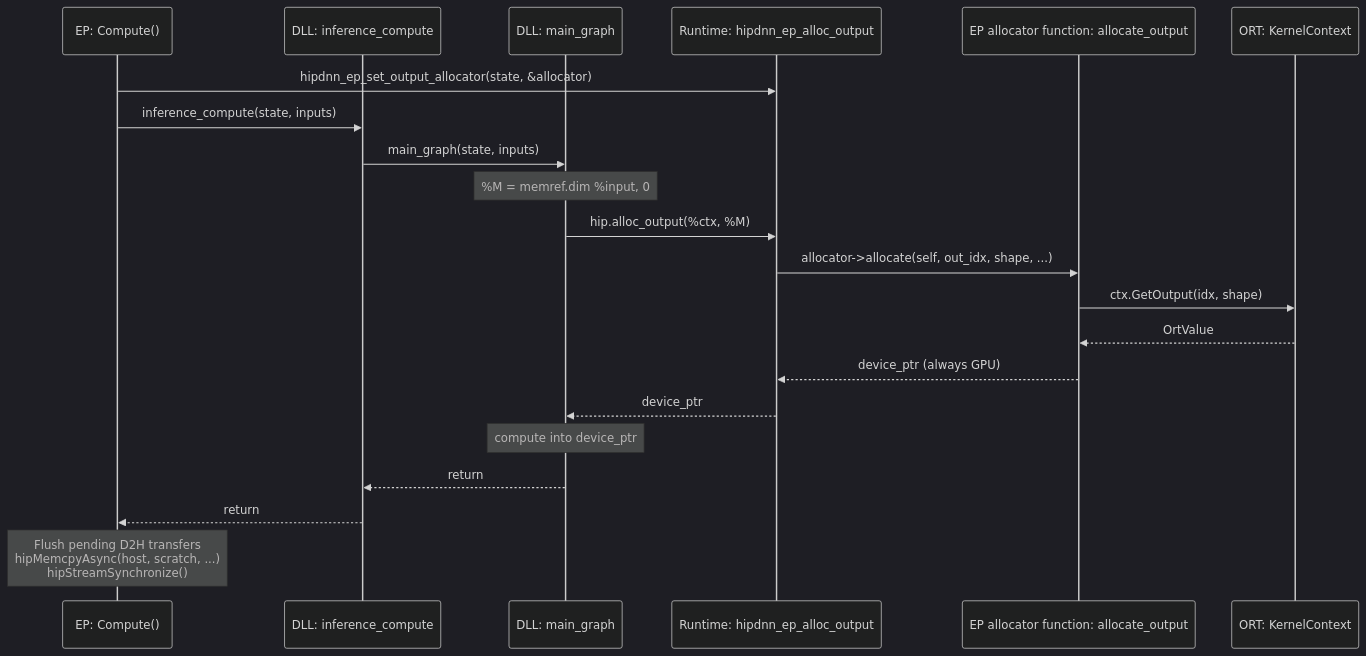
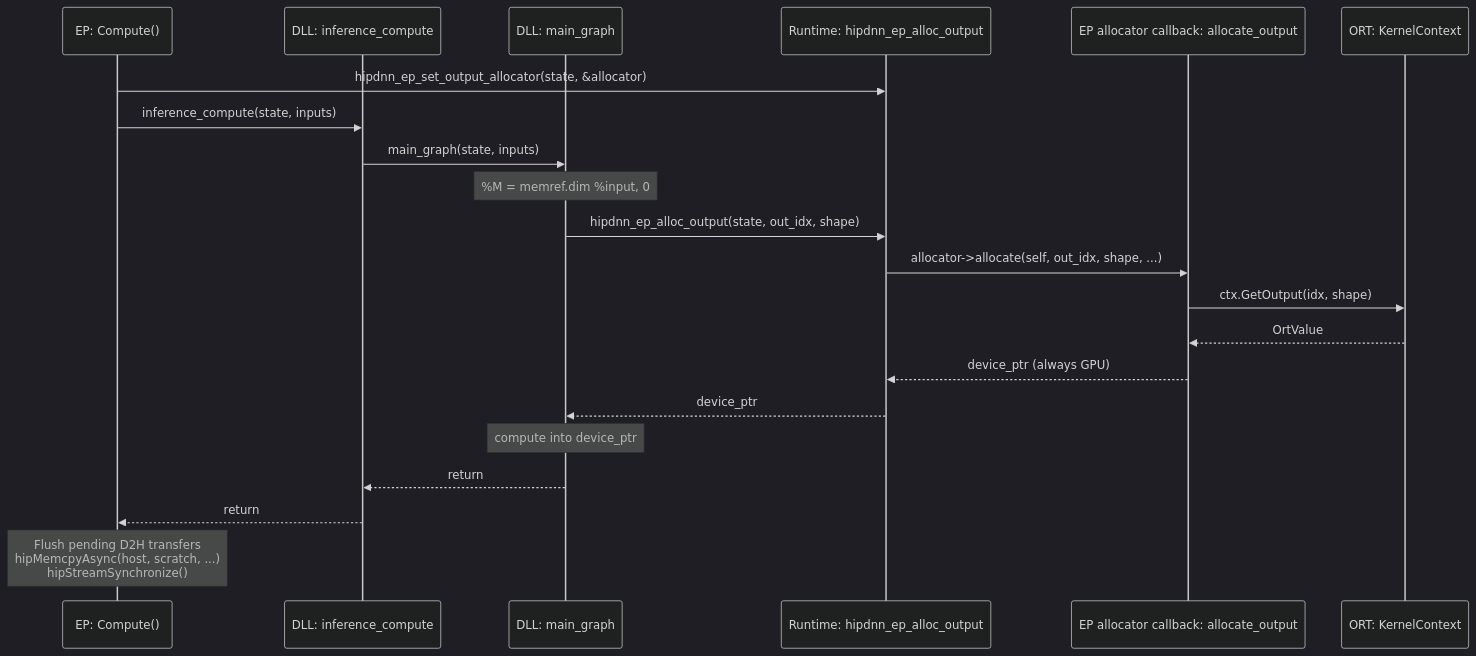
The second of 2 diagrams in docs/design/output-allocator-design.md (ROCm/hip-ep), drawn with Mermaid (dark theme) before and after one commit. The commit also changed other lines of this file, not shown here.

First line of the commit message:
docs(design): tidy output-allocator design doc for consistency

````diff
--- a/docs/design/output-allocator-design.md
+++ b/docs/design/output-allocator-design.md
@@ -260,24 +264,24 @@
 ```mermaid
 sequenceDiagram
     participant EP as EP: Compute()
     participant DLL_IC as DLL: inference_compute
     participant DLL_MG as DLL: main_graph
     participant RT as Runtime: hipdnn_ep_alloc_output
-    participant CB as EP allocator function: allocate_output
+    participant CB as EP allocator callback: allocate_output
     participant ORT as ORT: KernelContext
 
     EP->>RT: hipdnn_ep_set_output_allocator(state, &allocator)
     EP->>DLL_IC: inference_compute(state, inputs)
     DLL_IC->>DLL_MG: main_graph(state, inputs)
     Note over DLL_MG: %M = memref.dim %input, 0
-    DLL_MG->>RT: hip.alloc_output(%ctx, %M)
+    DLL_MG->>RT: hipdnn_ep_alloc_output(state, out_idx, shape)
     RT->>CB: allocator->allocate(self, out_idx, shape, ...)
     CB->>ORT: ctx.GetOutput(idx, shape)
     ORT-->>CB: OrtValue
     CB-->>RT: device_ptr (always GPU)
     RT-->>DLL_MG: device_ptr
     Note over DLL_MG: compute into device_ptr
     DLL_MG-->>DLL_IC: return
     DLL_IC-->>EP: return
     Note over EP: Flush pending D2H transfers<br/>hipMemcpyAsync(host, scratch, ...)<br/>hipStreamSynchronize()
 ```
````
